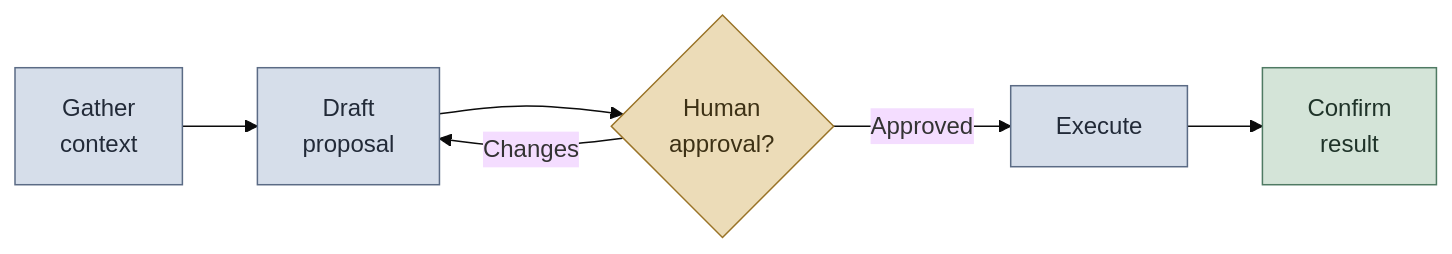
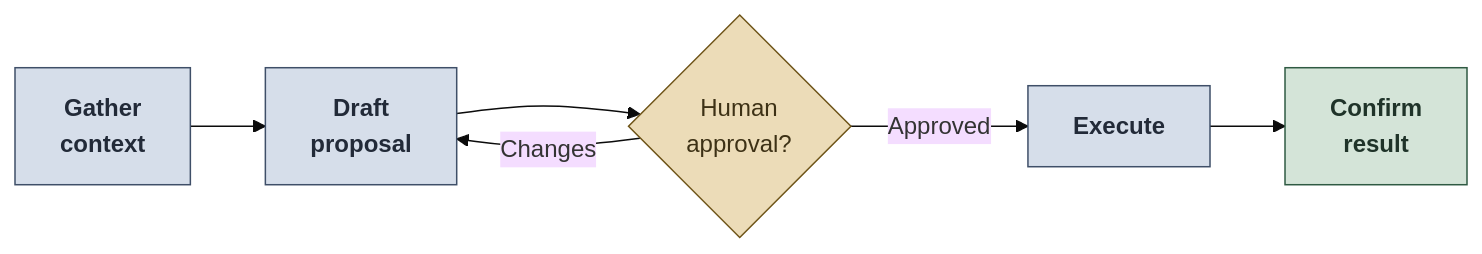
Before and after one commit to paulamarcondes/QA_Playbook: the diagram in ai-tools/README.md, drawn with Mermaid (base theme). The commit also changed 11 other files, not shown here.

First line of the commit message:
Polish playbook: QA 5.0, AI usage guide, diagrams, examples, consistency

````diff
--- a/ai-tools/README.md
+++ b/ai-tools/README.md
@@ -138,9 +138,9 @@
 ```mermaid
 flowchart LR
-    G["Gather<br/>context"]:::step --> D["Draft<br/>proposal"]:::step --> P{"Human<br/>approval?"}:::gate
-    P -->|Approved| E["Execute"]:::step --> C["Confirm<br/>result"]:::done
+    G["<b>Gather<br/>context</b>"]:::step --> D["<b>Draft<br/>proposal</b>"]:::step --> P{"Human<br/>approval?"}:::gate
+    P -->|Approved| E["<b>Execute</b>"]:::step --> C["<b>Confirm<br/>result</b>"]:::done
     P -->|Changes| D
-    classDef step fill:#d6deea,stroke:#5b6b85,color:#222a38;
-    classDef gate fill:#ecdcb8,stroke:#997327,color:#3d3115;
-    classDef done fill:#d4e4d8,stroke:#4f7a63,color:#1f3329;
+    classDef step fill:#d6deea,stroke:#3f4f68,color:#222a38;
+    classDef gate fill:#ecdcb8,stroke:#6e5418,color:#3d3115;
+    classDef done fill:#d4e4d8,stroke:#2f5a43,color:#1f3329;
 ```
````
